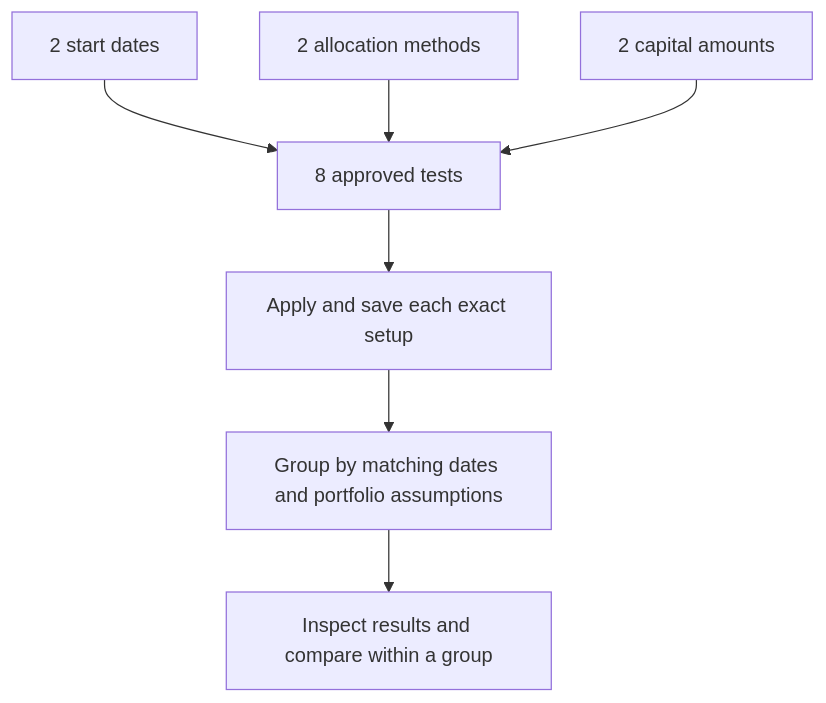
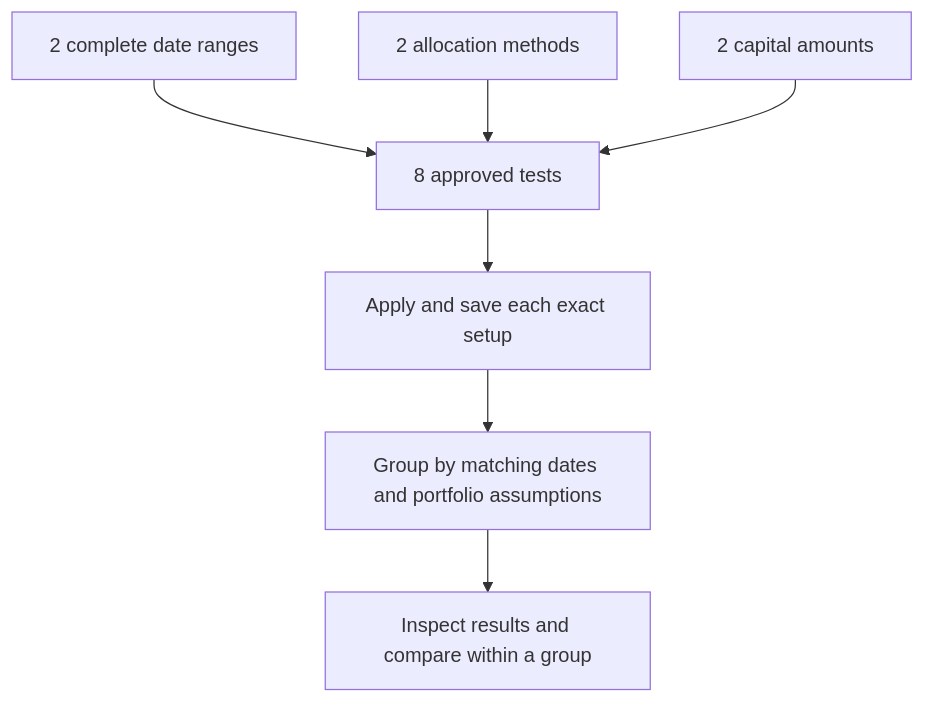
The fourth of 6 diagrams in docs/EXPERIMENTS.md (mamamiya7/backtest-vault), drawn with Mermaid before and after one commit. The commit also changed other lines of this file and 17 other files, not shown here.

Commit message:
Simplify date selection into paired test ranges

````diff
--- a/docs/EXPERIMENTS.md
+++ b/docs/EXPERIMENTS.md
@@ -160,9 +160,9 @@
 ```mermaid
 flowchart TD
-    A["2 start dates"] --> D["8 approved tests"]
+    A["2 complete date ranges"] --> D["8 approved tests"]
     B["2 allocation methods"] --> D
     C["2 capital amounts"] --> D
     D --> E["Apply and save each exact setup"]
     E --> F["Group by matching dates and portfolio assumptions"]
     F --> G["Inspect results and compare within a group"]
 ```
````
